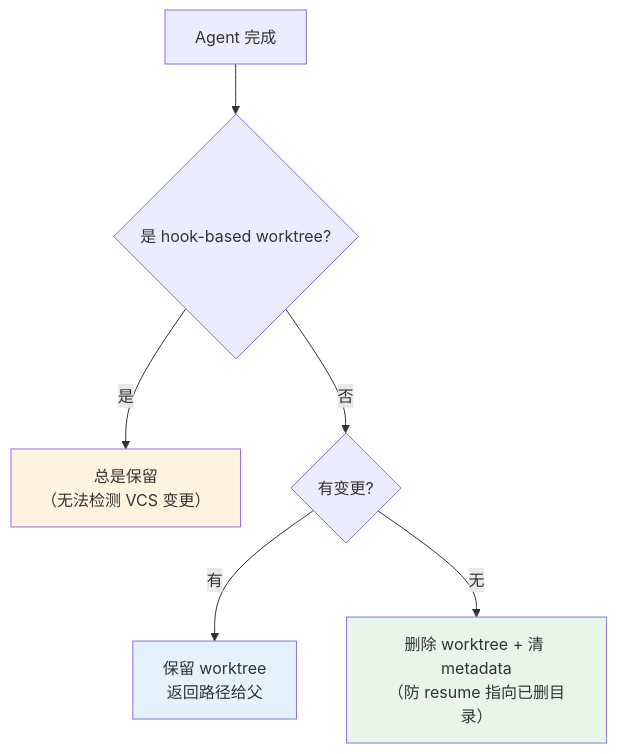
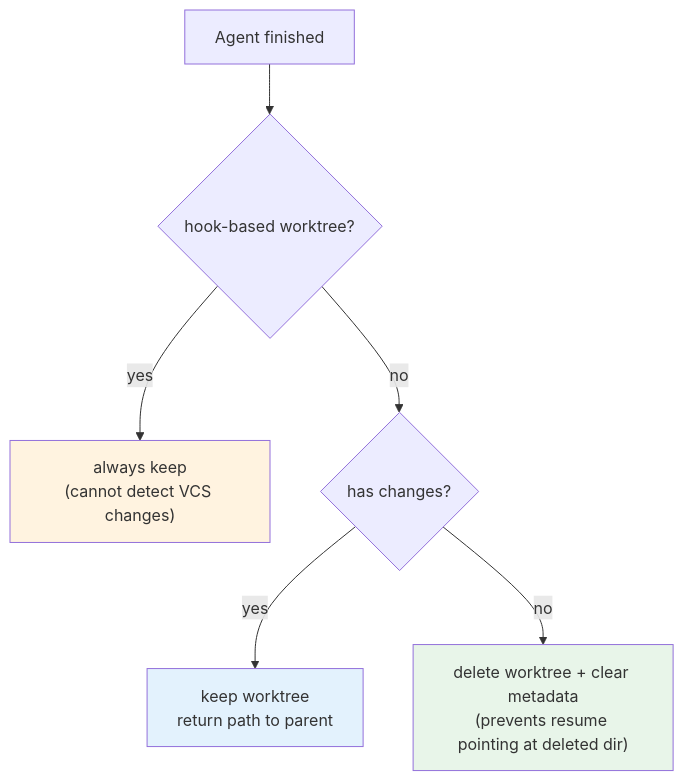
One commit to holny/Agent-Harness-Develop-Book changed the ninth of 46 diagrams in README.md. Above: the diagram before and after it, drawn with Mermaid. The commit also changed other lines of this file and 66 other files, not shown here.

Commit message:
Add English edition (default) with Chinese version, redraw 8 interactive diagrams in English, translate mermaid/ASCII diagrams and code comments

````diff
--- a/README.md
+++ b/README.md
@@ -1374,12 +1431,12 @@
 ```mermaid
 flowchart TD
-    A["Agent 完成"] --> B{"是 hook-based worktree?"}
-    B -- 是 --> C["总是保留<br/>（无法检测 VCS 变更）"]
-    B -- 否 --> D{"有变更?"}
-    D -- 有 --> E["保留 worktree<br/>返回路径给父"]
-    D -- 无 --> F["删除 worktree + 清 metadata<br/>（防 resume 指向已删目录）"]
+    A["Agent finished"] --> B{"hook-based worktree?"}
+    B -- yes --> C["always keep<br/>(cannot detect VCS changes)"]
+    B -- no --> D{"has changes?"}
+    D -- yes --> E["keep worktree<br/>return path to parent"]
+    D -- no --> F["delete worktree + clear metadata<br/>(prevents resume pointing at deleted dir)"]
 
     style C fill:#FFF3E0
     style E fill:#E3F2FD
     style F fill:#E8F5E9
 ```
````
